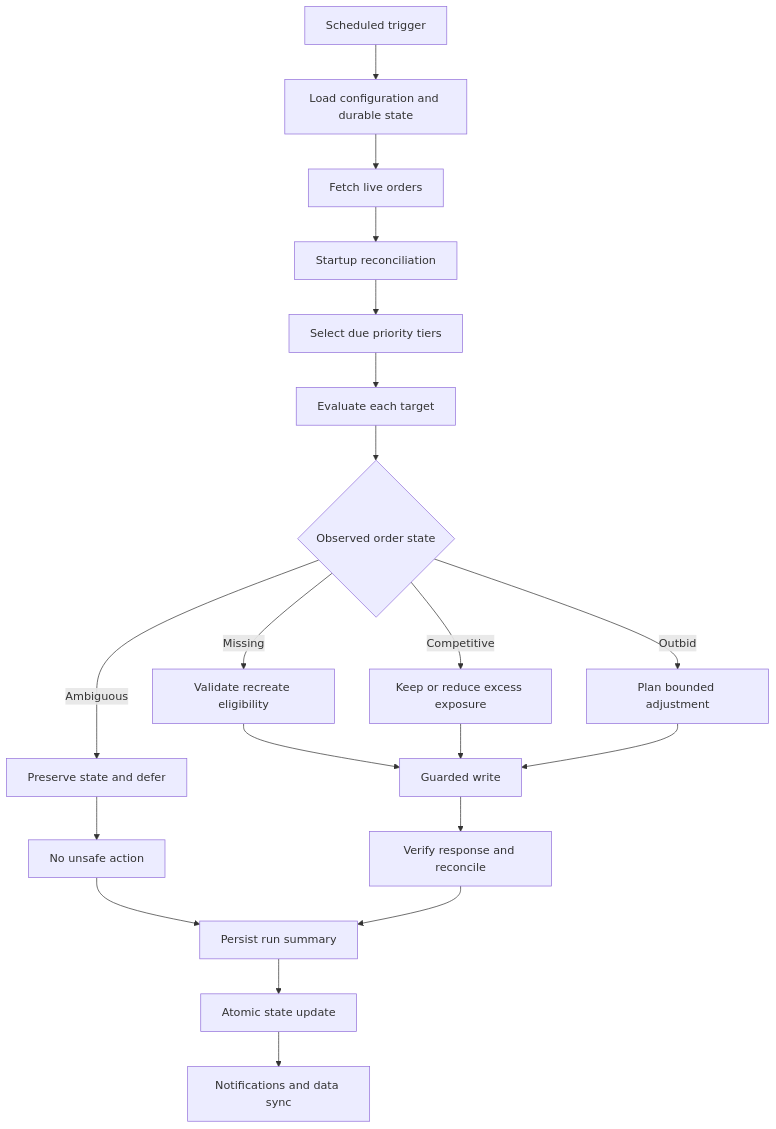
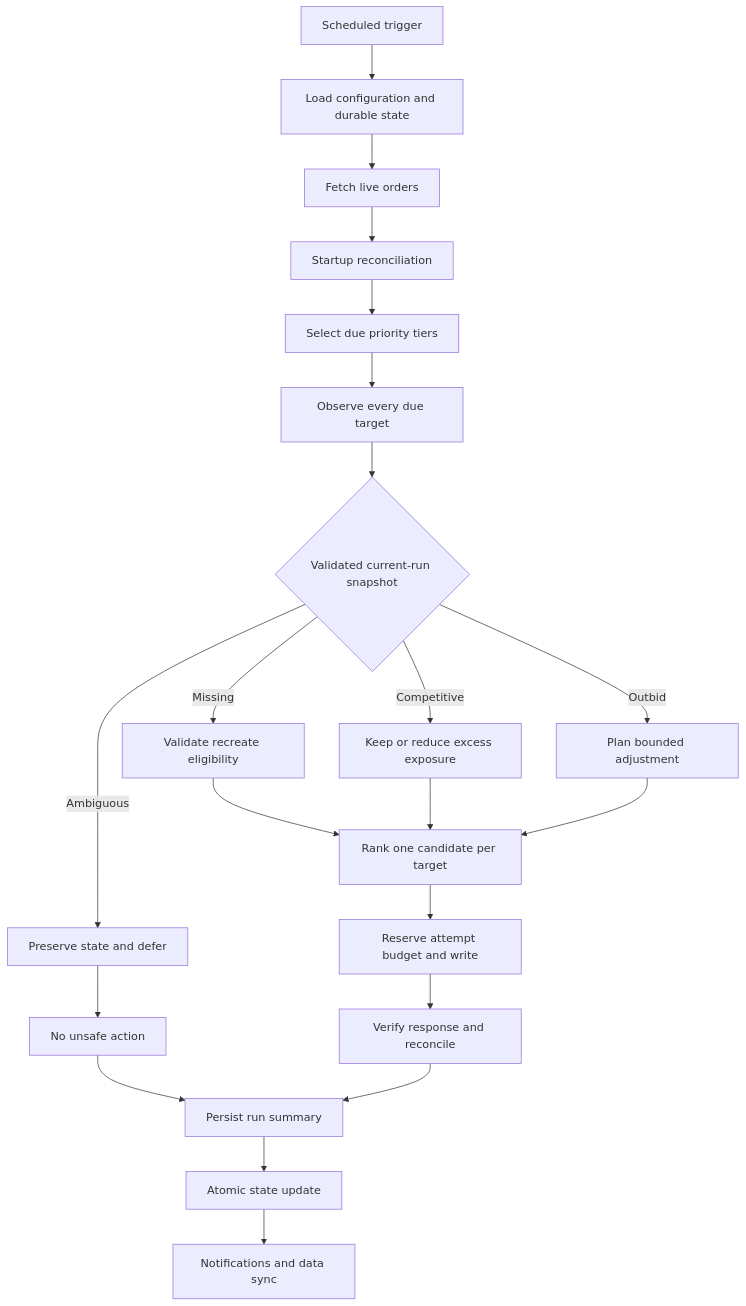
One commit to ChardXBT/CS2-Marketplace-Trading-System changed the second of 3 diagrams in README.md. Above: the diagram before and after it, drawn with Mermaid. The commit also changed other lines of this file and 11 other files, not shown here.

````diff
--- a/README.md
+++ b/README.md
@@ -54,22 +54,23 @@
 ```mermaid
 flowchart TD
     A["Scheduled trigger"] --> B["Load configuration and durable state"]
     B --> C["Fetch live orders"]
     C --> D["Startup reconciliation"]
     D --> E["Select due priority tiers"]
-    E --> F["Evaluate each target"]
-    F --> G{"Observed order state"}
+    E --> F["Observe every due target"]
+    F --> G{"Validated current-run snapshot"}
     G -->|Missing| H["Validate recreate eligibility"]
     G -->|Competitive| I["Keep or reduce excess exposure"]
     G -->|Outbid| J["Plan bounded adjustment"]
     G -->|Ambiguous| K["Preserve state and defer"]
-    H --> L["Guarded write"]
-    I --> L
-    J --> L
+    H --> R["Rank one candidate per target"]
+    I --> R
+    J --> R
     K --> M["No unsafe action"]
+    R --> L["Reserve attempt budget and write"]
     L --> N["Verify response and reconcile"]
     M --> O["Persist run summary"]
     N --> O
     O --> P["Atomic state update"]
     P --> Q["Notifications and data sync"]
 ```
````
